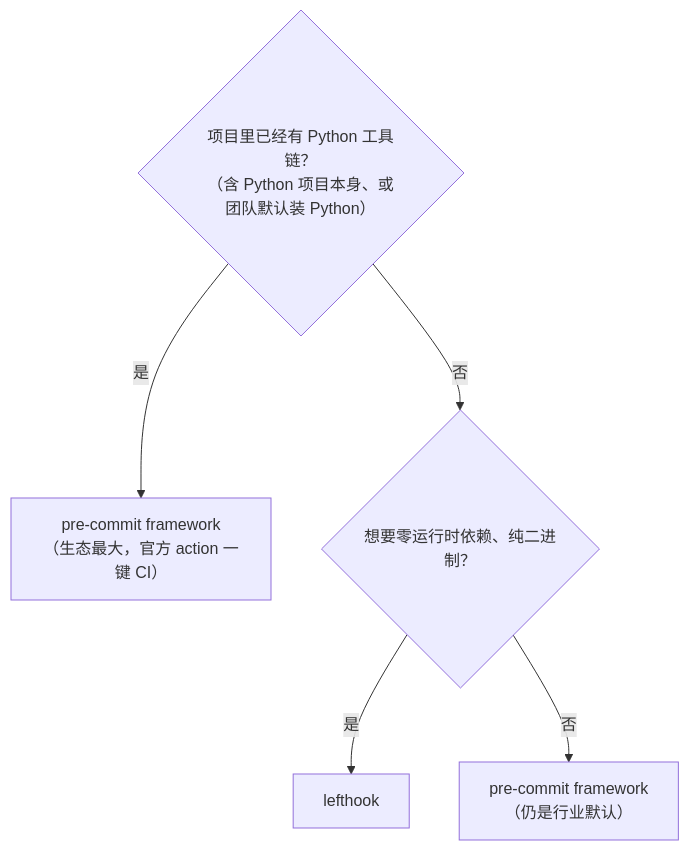
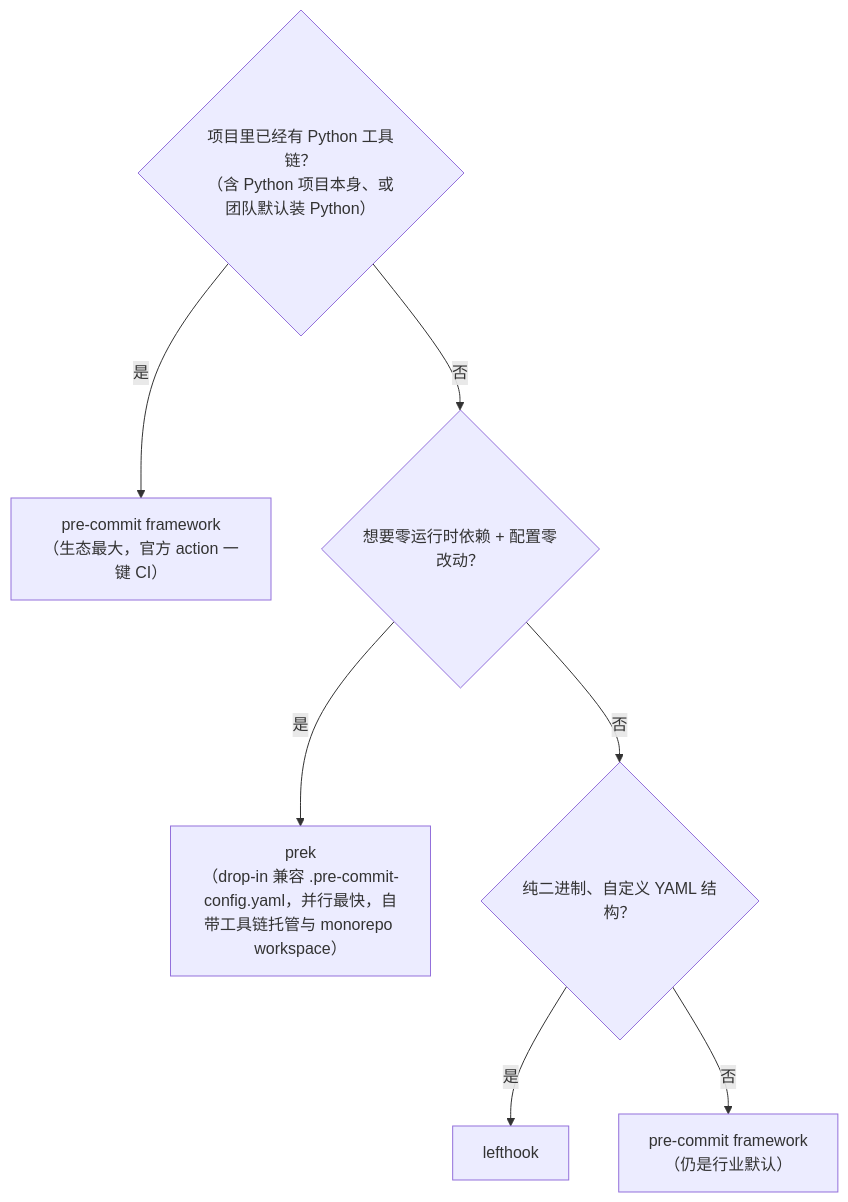
The diagram in references/hooks-compare.md (Kirky-X/pangu), drawn with Mermaid before and after one commit. The commit also changed other lines of this file and 26 other files, not shown here.

````diff
--- a/references/hooks-compare.md
+++ b/references/hooks-compare.md
@@ -22,12 +25,16 @@
 ```mermaid
 flowchart TD
     A{"项目里已经有 Python 工具链？<br/>（含 Python 项目本身、或团队默认装 Python）"}
     B["pre-commit framework<br/>（生态最大，官方 action 一键 CI）"]
-    C{"想要零运行时依赖、纯二进制？"}
-    D["lefthook"]
-    E["pre-commit framework<br/>（仍是行业默认）"]
+    C{"想要零运行时依赖 + 配置零改动？"}
+    D["prek<br/>（drop-in 兼容 .pre-commit-config.yaml，并行最快，自带工具链托管与 monorepo workspace）"]
+    E{"纯二进制、自定义 YAML 结构？"}
+    F["lefthook"]
+    G["pre-commit framework<br/>（仍是行业默认）"]
     A -->|"是"| B
     A -->|"否"| C
     C -->|"是"| D
     C -->|"否"| E
+    E -->|"是"| F
+    E -->|"否"| G
 ```
````
